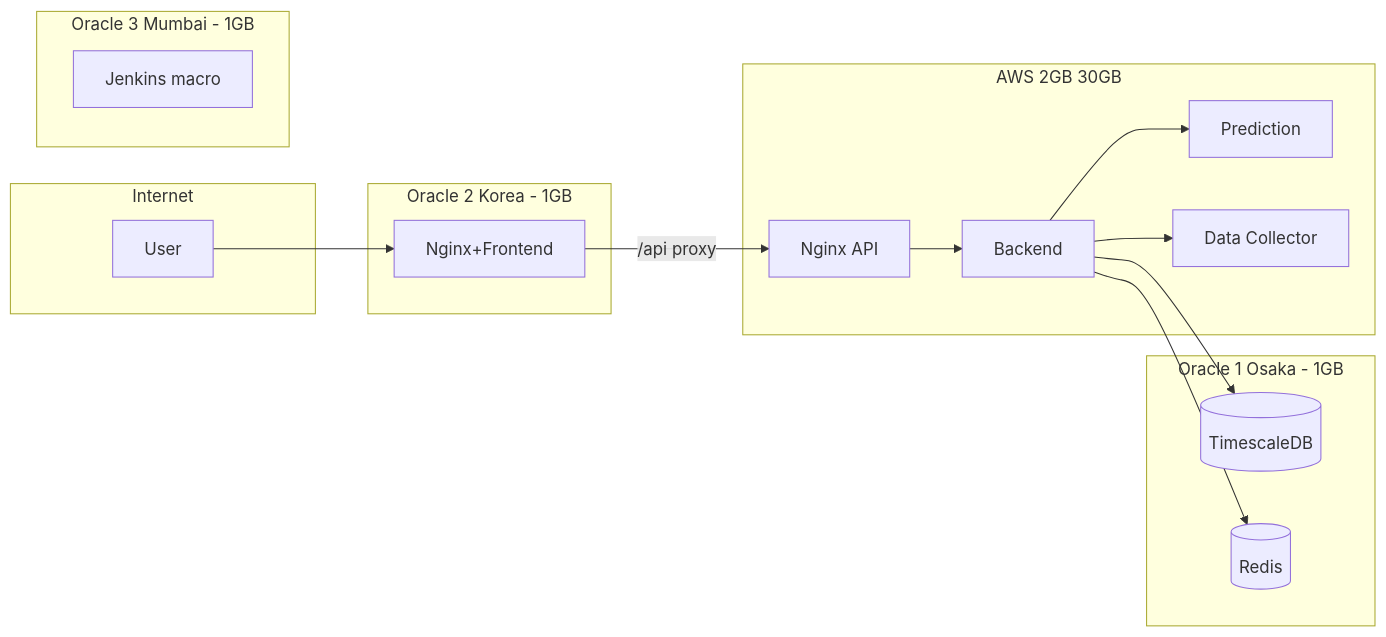
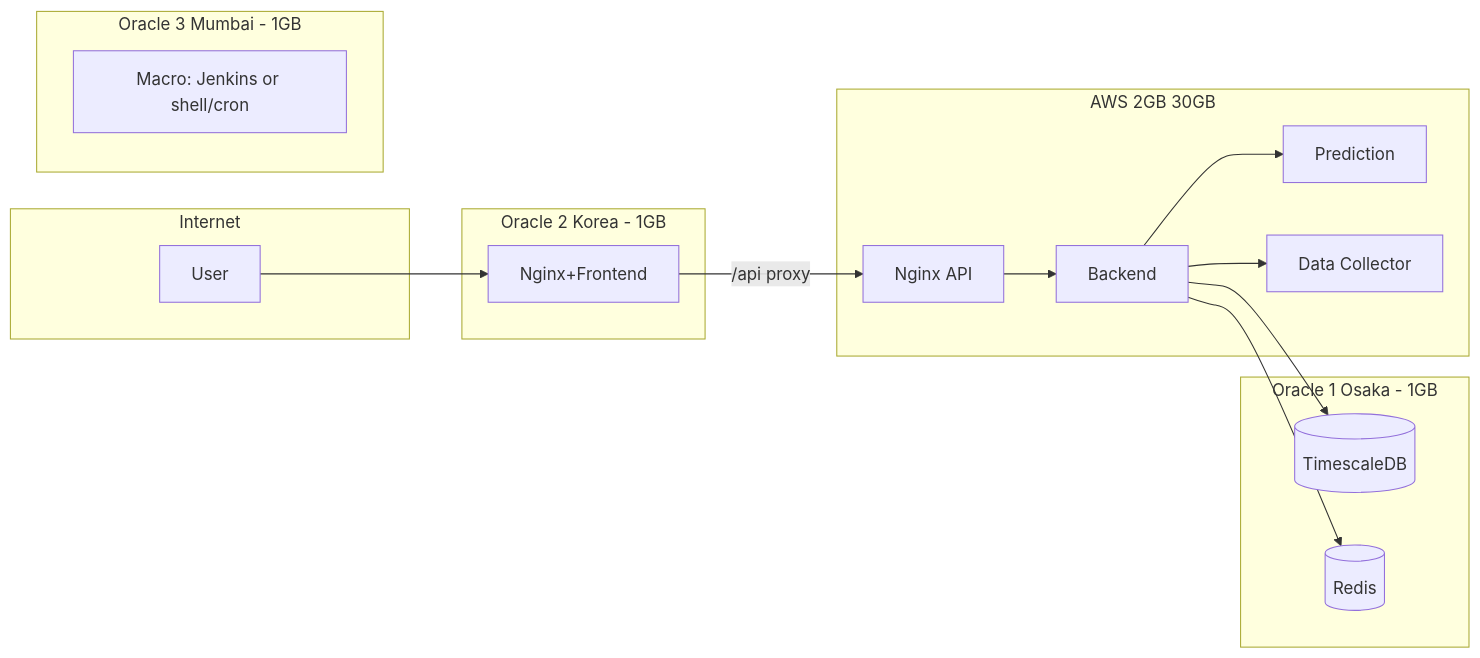
Before and after one commit to Layton0-0/investment-backend: the diagram in docs/06-deployment/05-multi-vps-oracle-aws-cicd.md, drawn with Mermaid. The commit also changed other lines of this file and 12 other files, not shown here.

````diff
--- a/docs/06-deployment/05-multi-vps-oracle-aws-cicd.md
+++ b/docs/06-deployment/05-multi-vps-oracle-aws-cicd.md
@@ -52,29 +53,29 @@
 ```mermaid
 flowchart LR
   subgraph internet [Internet]
     User[User]
   end
   subgraph oracle2 [Oracle 2 Korea - 1GB]
     NginxApp2[Nginx+Frontend]
   end
   subgraph oracle3 [Oracle 3 Mumbai - 1GB]
-    Jenkins[Jenkins macro]
+    Macro[Macro: Jenkins or shell/cron]
   end
   subgraph aws [AWS 2GB 30GB]
     NginxApi[Nginx API]
     Backend[Backend]
     Pred[Prediction]
     Collector[Data Collector]
   end
   subgraph oracle1 [Oracle 1 Osaka - 1GB]
     DB[(TimescaleDB)]
     Redis[(Redis)]
   end
   User --> NginxApp2
   NginxApp2 -->|"/api proxy"| NginxApi
   NginxApi --> Backend
   Backend --> DB
   Backend --> Redis
   Backend --> Pred
   Backend --> Collector
 ```
````
